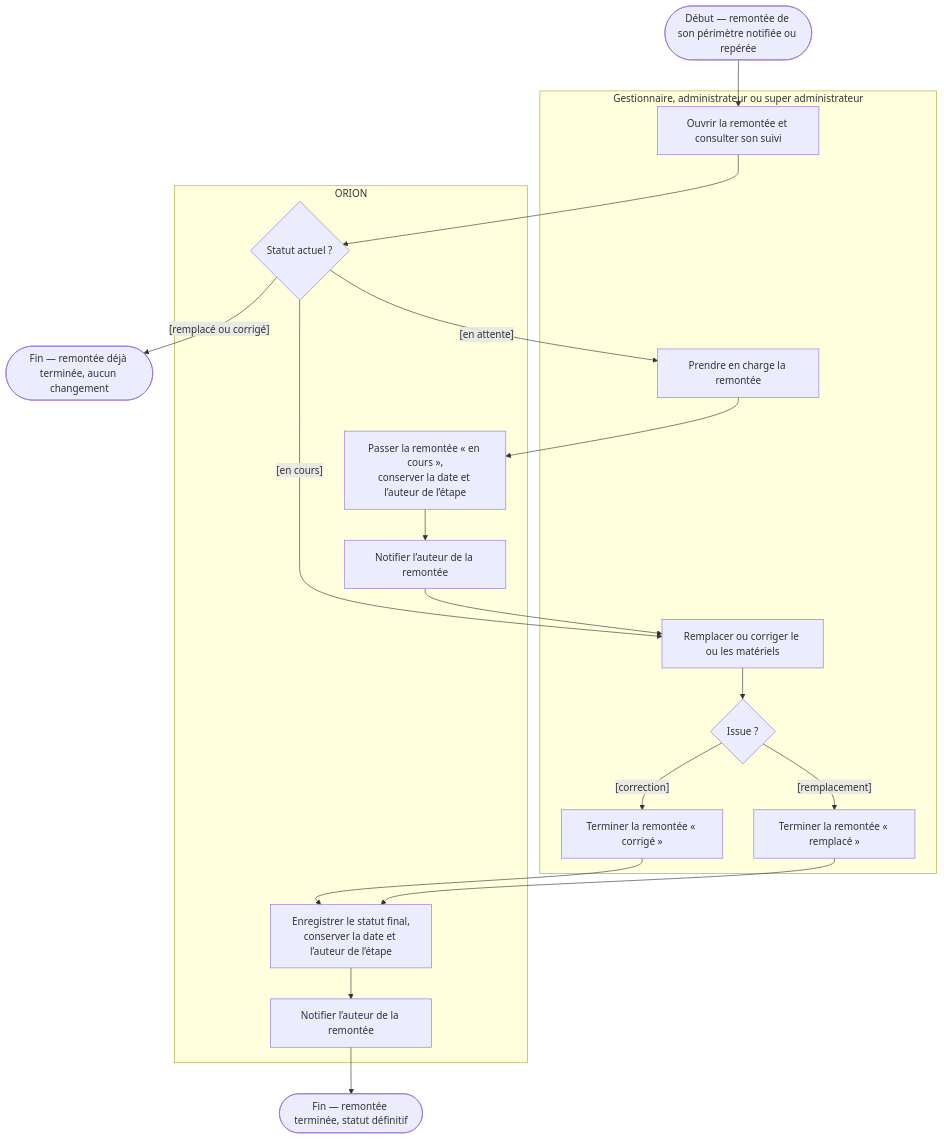
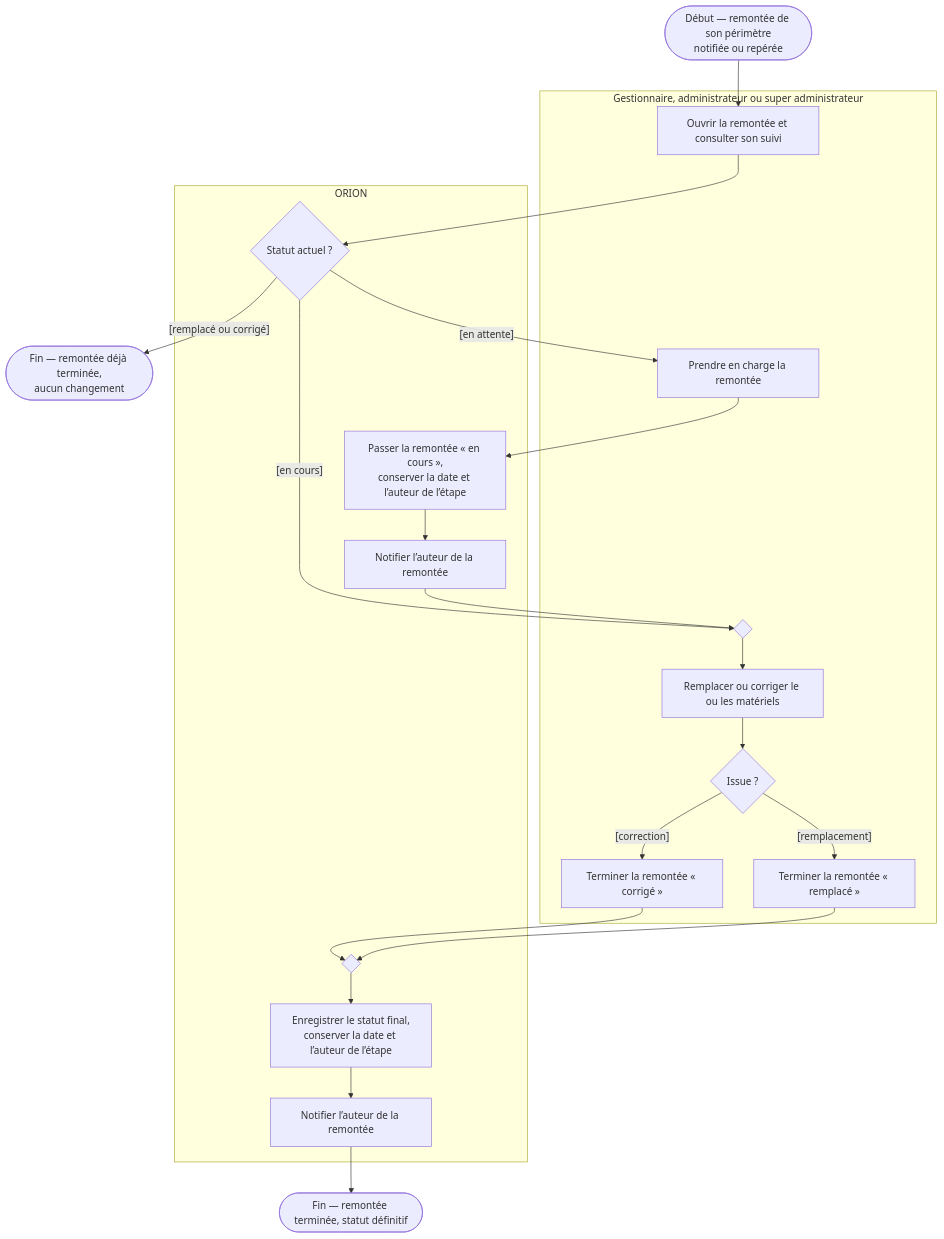
The ninth of 19 diagrams in docs/02-ANALYSE/02-CAPTURE-DES-BESOINS/08-DIAGRAMMES-ACTIVITE-CAS-UTILISATION.md (bpierrelouis/aster), drawn with Mermaid before and after one commit. The commit also changed other lines of this file and 34 other files, not shown here.

First line of the commit message:
docs(diagrammes): aligner les diagrammes UML sur le code et les remettre en page

````diff
--- a/docs/02-ANALYSE/02-CAPTURE-DES-BESOINS/08-DIAGRAMMES-ACTIVITE-CAS-UTILISATION.md
+++ b/docs/02-ANALYSE/02-CAPTURE-DES-BESOINS/08-DIAGRAMMES-ACTIVITE-CAS-UTILISATION.md
@@ -291,32 +307,34 @@
 ```mermaid
 flowchart TD
-    debut(["Début — remontée de son périmètre notifiée ou repérée"])
+    debut(["Début — remontée de son périmètre<br/>notifiée ou repérée"])
     fin(["Fin — remontée terminée, statut définitif"])
-    finRefus(["Fin — remontée déjà terminée, aucun changement"])
+    finRefus(["Fin — remontée déjà terminée,<br/>aucun changement"])
 
     subgraph GESTIONNAIRE["Gestionnaire, administrateur ou super administrateur"]
         ouvrir["Ouvrir la remontée et consulter son suivi"]
         prendre["Prendre en charge la remontée"]
+        fusionIntervenir{" "}
         intervenir["Remplacer ou corriger le ou les matériels"]
         issue{"Issue ?"}
         remplace["Terminer la remontée « remplacé »"]
         corrige["Terminer la remontée « corrigé »"]
     end
 
     subgraph SYSTEME["ORION"]
         statut{"Statut actuel ?"}
         enCours["Passer la remontée « en cours »,<br/>conserver la date et l’auteur de l’étape"]
         notifierPrise["Notifier l’auteur de la remontée"]
+        fusionTerminer{" "}
         terminer["Enregistrer le statut final,<br/>conserver la date et l’auteur de l’étape"]
         notifierFin["Notifier l’auteur de la remontée"]
     end
 
     debut --> ouvrir --> statut
-    statut -->|"[en attente]"| prendre --> enCours --> notifierPrise --> intervenir
-    statut -->|"[en cours]"| intervenir
+    statut -->|"[en attente]"| prendre --> enCours --> notifierPrise --> fusionIntervenir
+    statut -->|"[en cours]"| fusionIntervenir
     statut -->|"[remplacé ou corrigé]"| finRefus
-    intervenir --> issue
-    issue -->|"[remplacement]"| remplace --> terminer
-    issue -->|"[correction]"| corrige --> terminer
-    terminer --> notifierFin --> fin
+    fusionIntervenir --> intervenir --> issue
+    issue -->|"[remplacement]"| remplace --> fusionTerminer
+    issue -->|"[correction]"| corrige --> fusionTerminer
+    fusionTerminer --> terminer --> notifierFin --> fin
 ```
````
